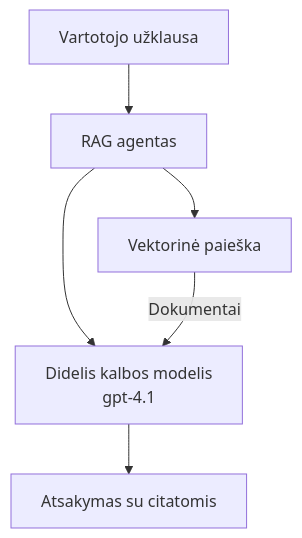
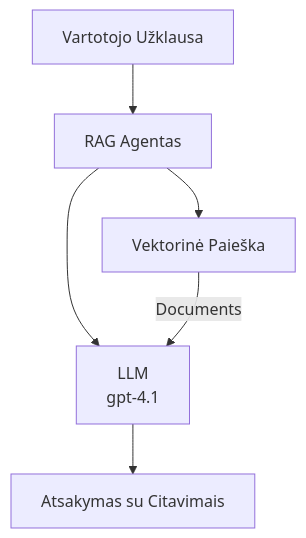
Before and after one commit to microsoft/AZD-for-beginners: the second of 3 diagrams in translations/lt/docs/chapter-02-ai-development/agents.md, drawn with Mermaid. The commit also changed other lines of this file and 59 other files, not shown here.

````diff
--- a/translations/lt/docs/chapter-02-ai-development/agents.md
+++ b/translations/lt/docs/chapter-02-ai-development/agents.md
@@ -181,8 +181,8 @@
 ```mermaid
 graph TD
-    Query[Vartotojo užklausa] --> RAG[RAG agentas]
-    RAG --> Vector[Vektorinė paieška]
-    RAG --> LLM[Didelis kalbos modelis<br/>gpt-4.1]
-    Vector -- Dokumentai --> LLM
-    LLM --> Response[Atsakymas su citatomis]
+    Query[Vartotojo Užklausa] --> RAG[RAG Agentas]
+    RAG --> Vector[Vektorinė Paieška]
+    RAG --> LLM[LLM<br/>gpt-4.1]
+    Vector -- Documents --> LLM
+    LLM --> Response[Atsakymas su Citavimais]
 ```
````
